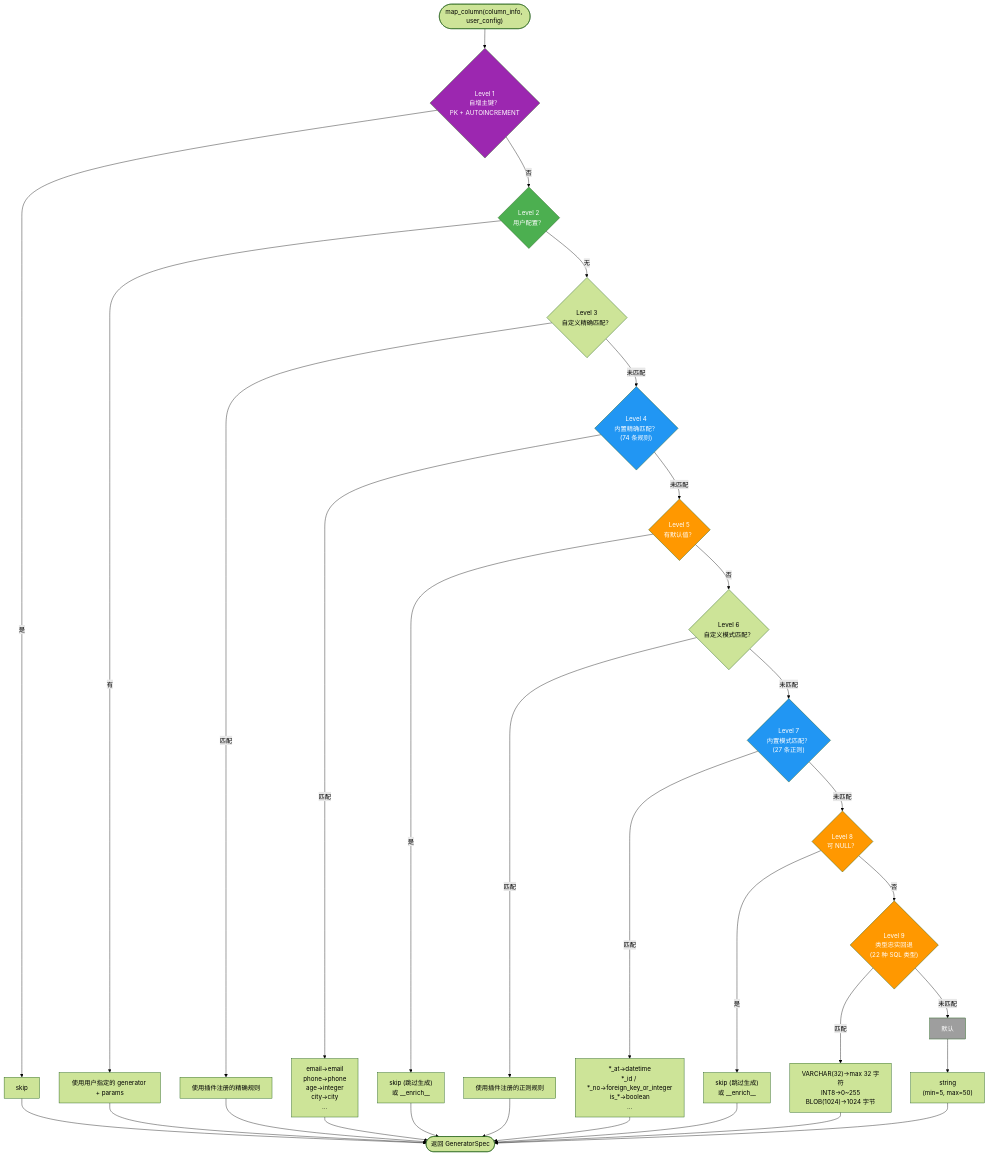
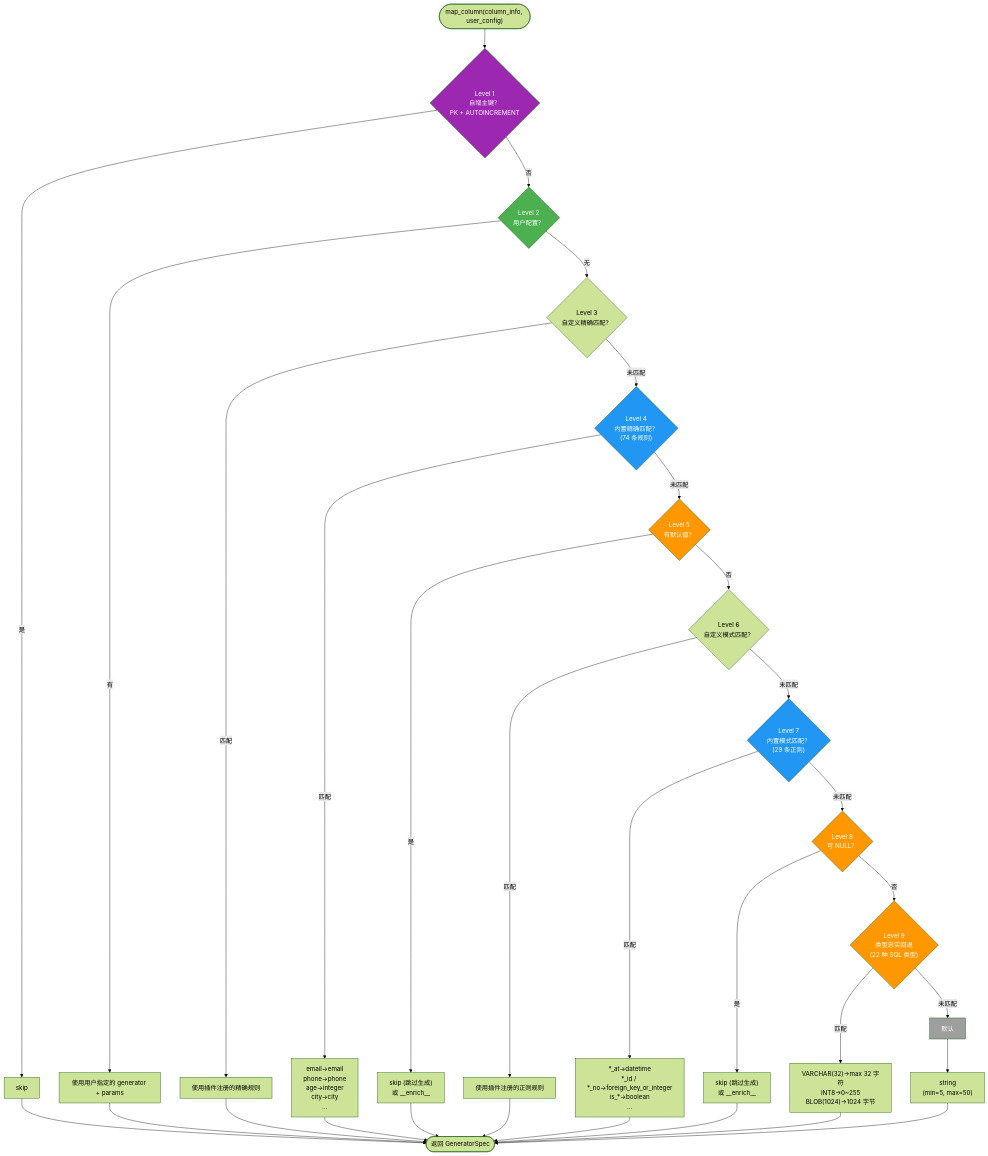
The third of 11 diagrams in docs/architecture.zh-CN.md (sunbos/sqlseed), drawn with Mermaid (forest theme) before and after one commit. The commit also changed 53 other files, not shown here.

First line of the commit message:
feat(ai): schema-driven business logic loop engineering (iteration 18)

````diff
--- a/docs/architecture.zh-CN.md
+++ b/docs/architecture.zh-CN.md
@@ -209,53 +209,53 @@
 ```mermaid
 flowchart TD
     Start(["map_column(column_info, user_config)"]) --> L1
 
     L1{"Level 1<br/>自增主键？<br/>PK + AUTOINCREMENT"} -->|是| R1["skip"]
     L1 -->|否| L2
 
     L2{"Level 2<br/>用户配置？"} -->|有| R2["使用用户指定的 generator + params"]
     L2 -->|无| L3
 
     L3{"Level 3<br/>自定义精确匹配？"} -->|匹配| R3["使用插件注册的精确规则"]
     L3 -->|未匹配| L4
 
     L4{"Level 4<br/>内置精确匹配？<br/>(<!-- BEGIN:AUTO-GENERATED:exact-match-rule-count -->74<!-- END:AUTO-GENERATED:exact-match-rule-count --> 条规则)"} -->|匹配| R4["email→email<br/>phone→phone<br/>age→integer<br/>city→city<br/>..."]
     L4 -->|未匹配| L5
 
     L5{"Level 5<br/>有默认值？"} -->|是| R5["skip (跳过生成)<br/>或 __enrich__"]
     L5 -->|否| L6
 
     L6{"Level 6<br/>自定义模式匹配？"} -->|匹配| R6["使用插件注册的正则规则"]
     L6 -->|未匹配| L7
 
-    L7{"Level 7<br/>内置模式匹配？<br/>(<!-- BEGIN:AUTO-GENERATED:pattern-match-rule-count -->27<!-- END:AUTO-GENERATED:pattern-match-rule-count --> 条正则)"} -->|匹配| R7["*_at→datetime<br/>*_id / *_no→foreign_key_or_integer<br/>is_*→boolean<br/>..."]
+    L7{"Level 7<br/>内置模式匹配？<br/>(<!-- BEGIN:AUTO-GENERATED:pattern-match-rule-count -->29<!-- END:AUTO-GENERATED:pattern-match-rule-count --> 条正则)"} -->|匹配| R7["*_at→datetime<br/>*_id / *_no→foreign_key_or_integer<br/>is_*→boolean<br/>..."]
     L7 -->|未匹配| L8
 
     L8{"Level 8<br/>可 NULL？"} -->|是| R8["skip (跳过生成)<br/>或 __enrich__"]
     L8 -->|否| L9
 
     L9{"Level 9<br/>类型忠实回退<br/>(22 种 SQL 类型)"} -->|匹配| R9["VARCHAR(32)→max 32 字符<br/>INT8→0~255<br/>BLOB(1024)→1024 字节"]
     L9 -->|未匹配| L10
 
     L10["默认"] --> R10["string<br/>(min=5, max=50)"]
 
     R1 --> Done(["返回 GeneratorSpec"])
     R2 --> Done
     R3 --> Done
     R4 --> Done
     R5 --> Done
     R6 --> Done
     R7 --> Done
     R8 --> Done
     R9 --> Done
     R10 --> Done
 
     style L1 fill:#9C27B0,color:#fff
     style L2 fill:#4CAF50,color:#fff
     style L4 fill:#2196F3,color:#fff
     style L5 fill:#FF9800,color:#fff
     style L7 fill:#2196F3,color:#fff
     style L8 fill:#FF9800,color:#fff
     style L9 fill:#FF9800,color:#fff
     style L10 fill:#9E9E9E,color:#fff
 ```
````
